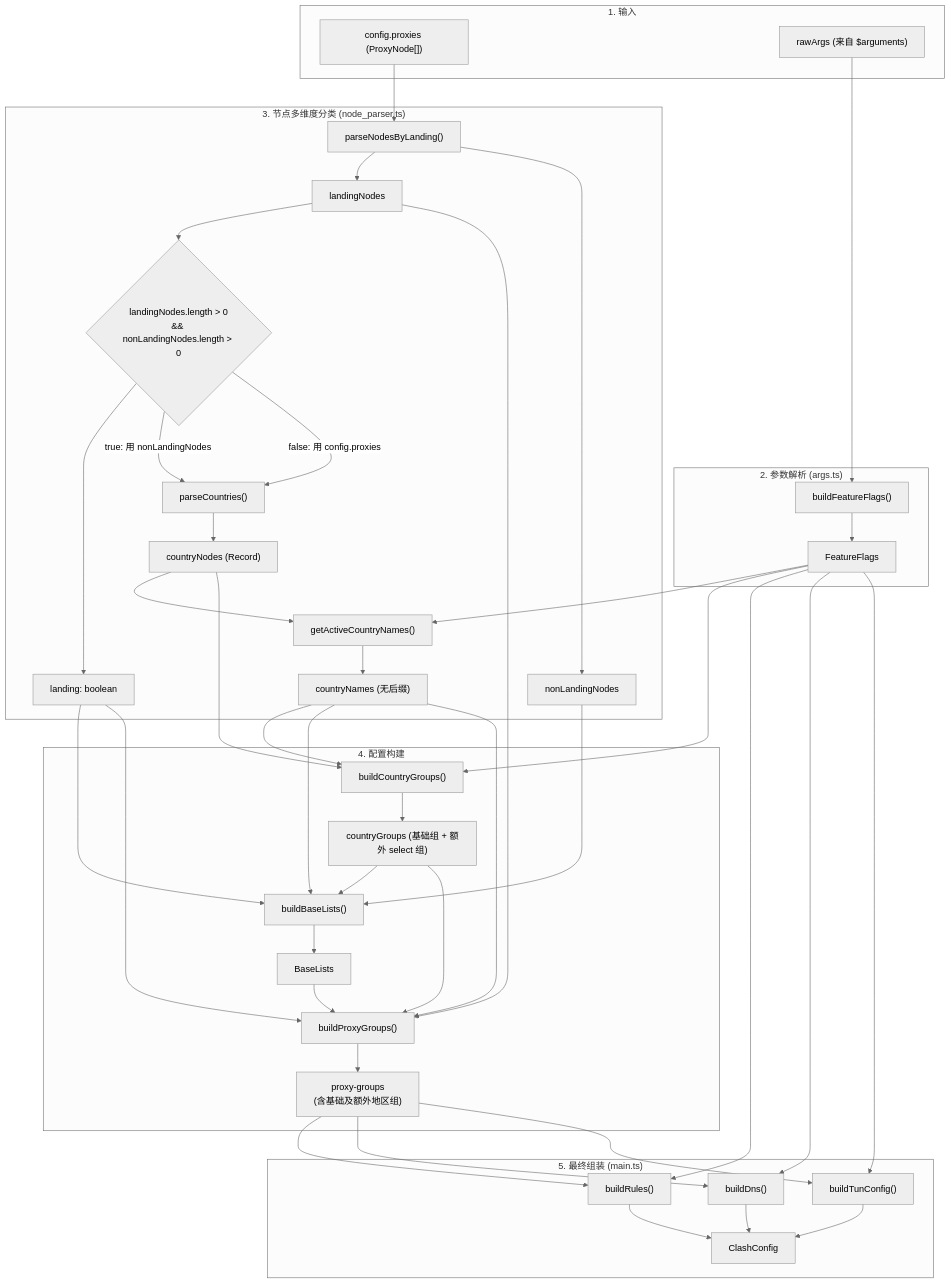
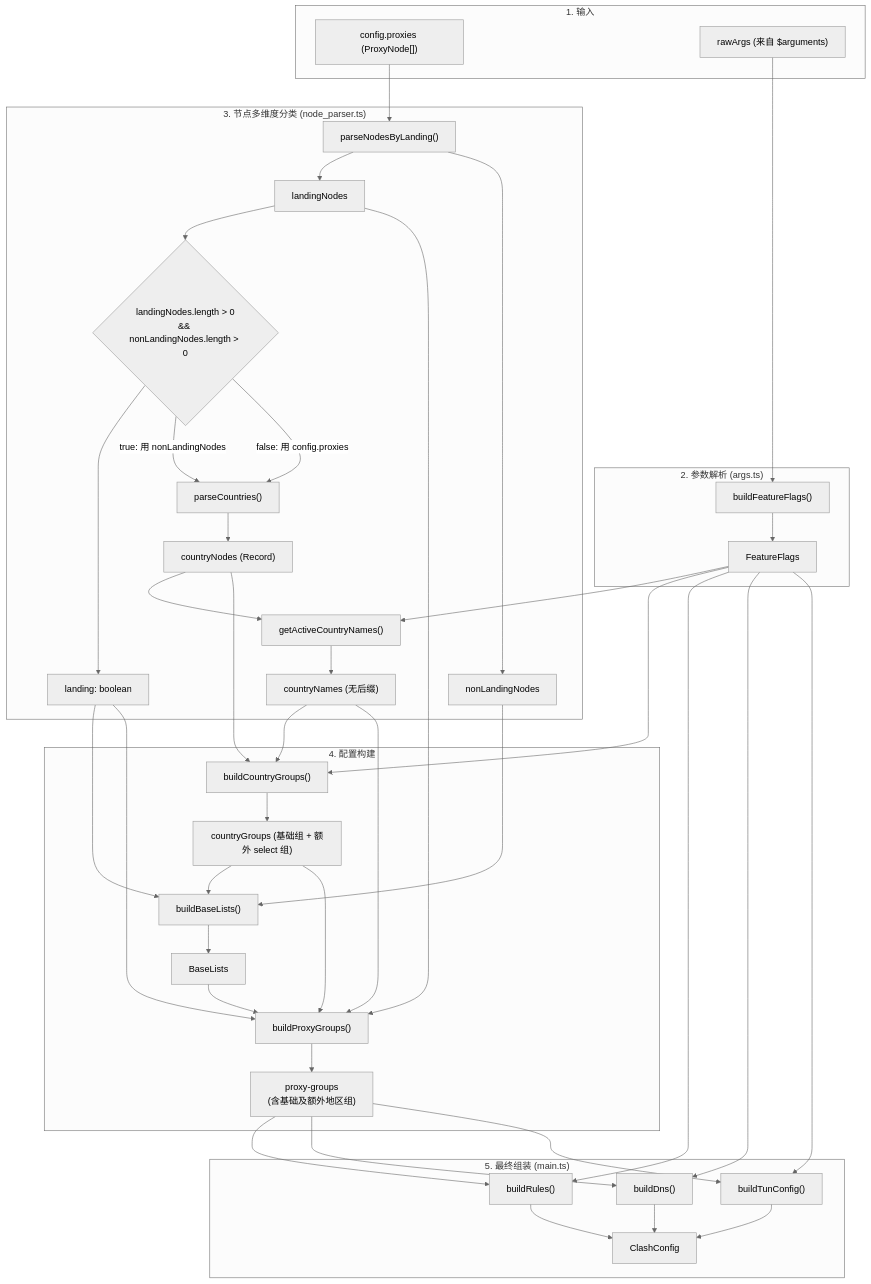
One commit to Lumintian/override-rules changed the diagram in docs/ARCHITECTURE.md. Above: the diagram before and after it, drawn with Mermaid (neutral theme). The commit also changed other lines of this file and 8 other files, not shown here.

````diff
--- a/docs/ARCHITECTURE.md
+++ b/docs/ARCHITECTURE.md
@@ -11,56 +11,55 @@
 ```mermaid
 flowchart TD
     subgraph Input["1. 输入"]
         CP["config.proxies (ProxyNode[])"]
         RA["rawArgs (来自 $arguments)"]
     end
 
     subgraph Args["2. 参数解析 (args.ts)"]
         RA --> BFF["buildFeatureFlags()"]
         BFF --> FF["FeatureFlags"]
     end
 
     subgraph Parser["3. 节点多维度分类 (node_parser.ts)"]
         CP --> PNL["parseNodesByLanding()"]
         PNL --> LN["landingNodes"]
         PNL --> NLN["nonLandingNodes"]
         LN --> LCHK{"landingNodes.length > 0<br/>&& nonLandingNodes.length > 0"}
         LCHK --> LAND["landing: boolean"]
         LCHK -->|"true: 用 nonLandingNodes"| PC["parseCountries()"]
         LCHK -->|"false: 用 config.proxies"| PC
         PC --> CN["countryNodes (Record)"]
         CN --> GACN["getActiveCountryNames()"]
         GACN --> ACN["countryNames (无后缀)"]
         FF --> GACN
     end
 
     subgraph Builders["4. 配置构建"]
         ACN --> BCG["buildCountryGroups()"]
         CN --> BCG
         FF --> BCG
         BCG --> CG["countryGroups (基础组 + 额外 select 组)"]
         CG --> BBL["buildBaseLists()"]
-        ACN --> BBL
         LAND --> BBL
         NLN --> BBL
         BBL --> BL["BaseLists"]
         BL --> BPG["buildProxyGroups()"]
         ACN --> BPG
         CG --> BPG
         LAND --> BPG
         LN --> BPG
         BPG --> PG["proxy-groups<br/>(含基础及额外地区组)"]
     end
 
     subgraph Output["5. 最终组装 (main.ts)"]
         PG --> RULES["buildRules()"]
         PG --> DNS["buildDns()"]
         PG --> TUN["buildTunConfig()"]
         FF --> RULES
         FF --> DNS
         FF --> TUN
         RULES --> FINAL["ClashConfig"]
         DNS --> FINAL
         TUN --> FINAL
     end
 ```
````
